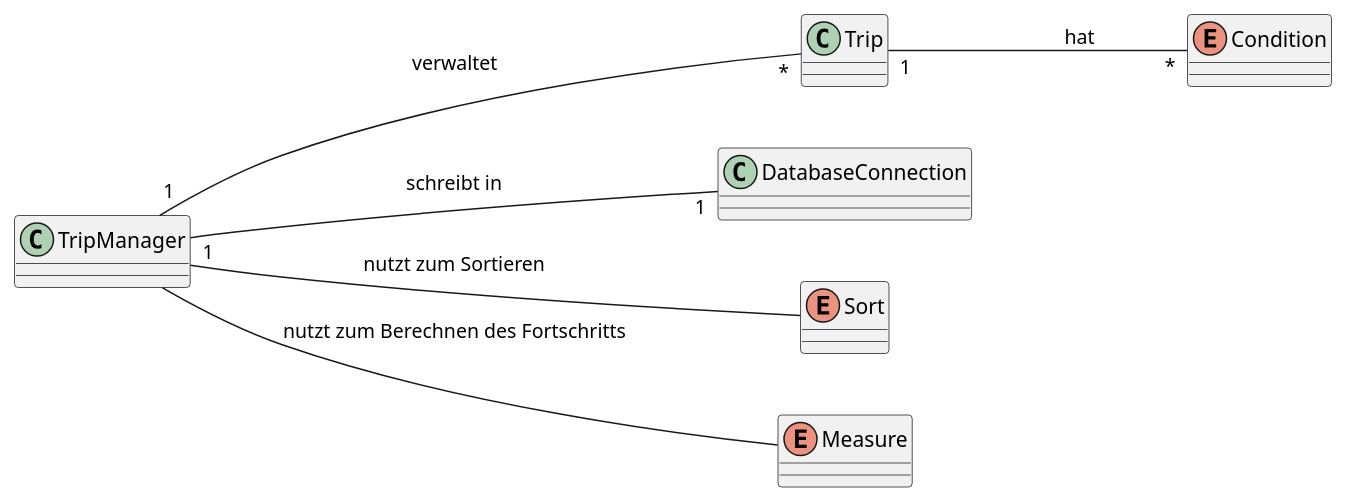
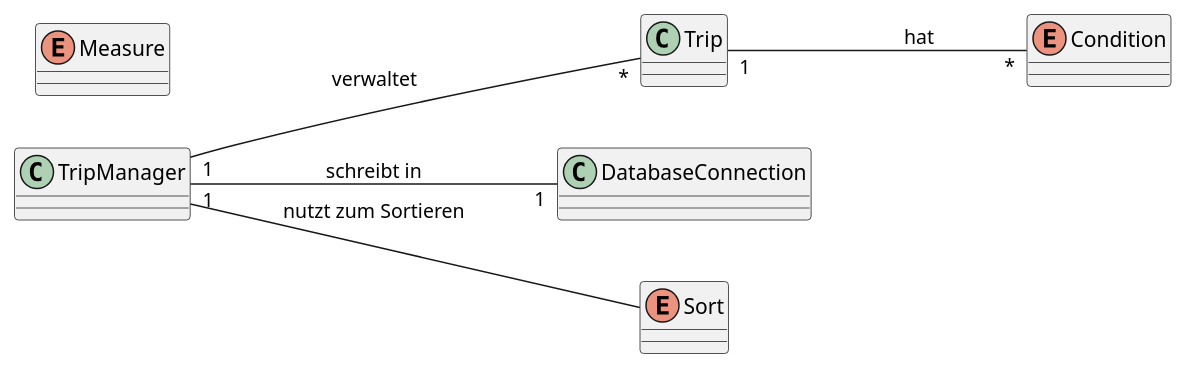
The second of 3 diagrams in asciidocs/slides/presentation.adoc (jbrunnerhtl/Driving_Tracker_Java_Docs), drawn with PlantUML before and after one commit. The commit also changed 2 other files, not shown here.

Commit message:
updated cld

```diff
--- a/asciidocs/slides/presentation.adoc
+++ b/asciidocs/slides/presentation.adoc
@@ -123,31 +123,30 @@
 [plantuml, classdia, svg]
 ----
 @startuml
 left to right direction
 
 class Trip {
 }
 
 class TripManager {
 }
 
 class DatabaseConnection {
 }
 
 enum Condition {
 }
 
 enum Sort {
 }
 
 enum Measure {
 }
 
 Trip "1" --- "*" Condition : hat
 TripManager "1" --- "*" Trip : verwaltet
 TripManager "1" --- "1" DatabaseConnection : schreibt in
 TripManager --- Sort : nutzt zum Sortieren
-TripManager --- Measure : nutzt zum Berechnen des Fortschritts
 
 @enduml
 ----
```
